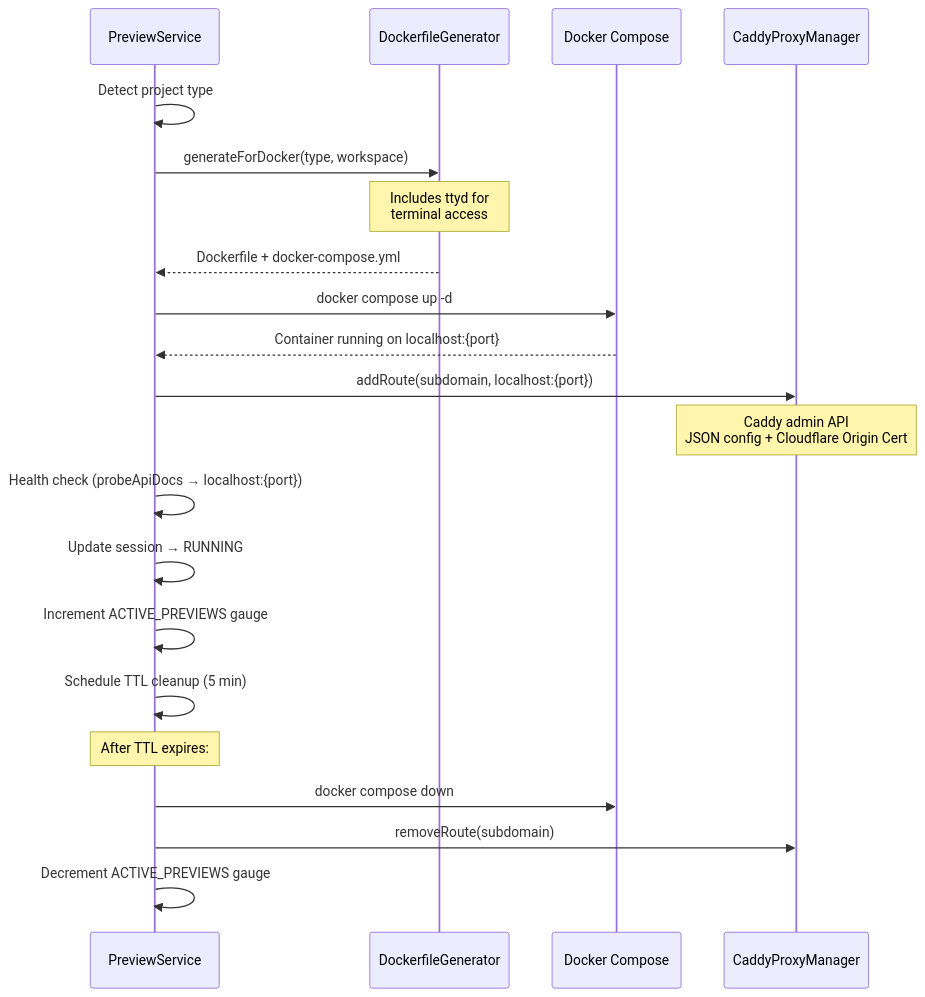
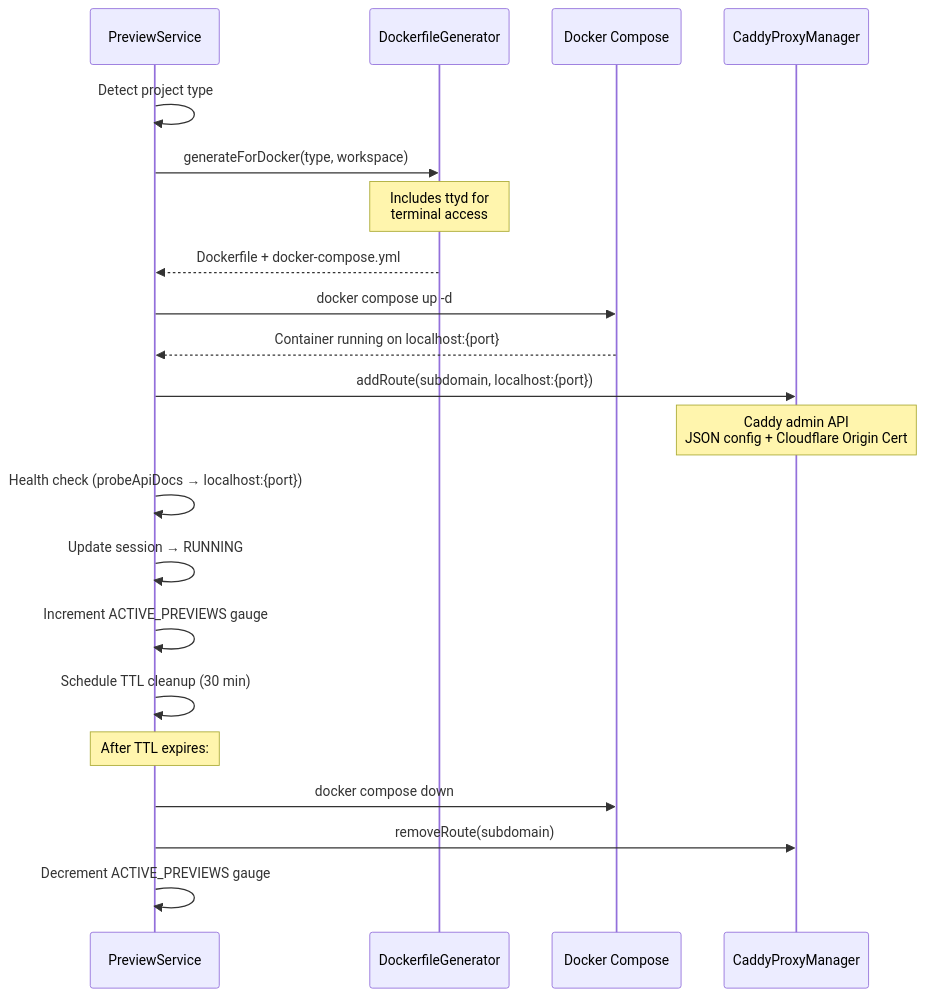
The tenth of 14 diagrams in docs/ARCHITECTURE.md (navneetprabhakar/executespec), drawn with Mermaid before and after one commit. The commit also changed other lines of this file and 2 other files, not shown here.

````diff
--- a/docs/ARCHITECTURE.md
+++ b/docs/ARCHITECTURE.md
@@ -637,28 +637,28 @@
 ```mermaid
 sequenceDiagram
     participant PS as PreviewService
     participant DDG as DockerfileGenerator
     participant DC as Docker Compose
     participant CADDY as CaddyProxyManager
 
     PS->>PS: Detect project type
     PS->>DDG: generateForDocker(type, workspace)
     Note over DDG: Includes ttyd for<br/>terminal access
     DDG-->>PS: Dockerfile + docker-compose.yml
 
     PS->>DC: docker compose up -d
     DC-->>PS: Container running on localhost:{port}
 
     PS->>CADDY: addRoute(subdomain, localhost:{port})
     Note over CADDY: Caddy admin API<br/>JSON config + Cloudflare Origin Cert
 
     PS->>PS: Health check (probeApiDocs → localhost:{port})
     PS->>PS: Update session → RUNNING
     PS->>PS: Increment ACTIVE_PREVIEWS gauge
-    PS->>PS: Schedule TTL cleanup (5 min)
+    PS->>PS: Schedule TTL cleanup (30 min)
 
     Note over PS: After TTL expires:
     PS->>DC: docker compose down
     PS->>CADDY: removeRoute(subdomain)
     PS->>PS: Decrement ACTIVE_PREVIEWS gauge
 ```
````
